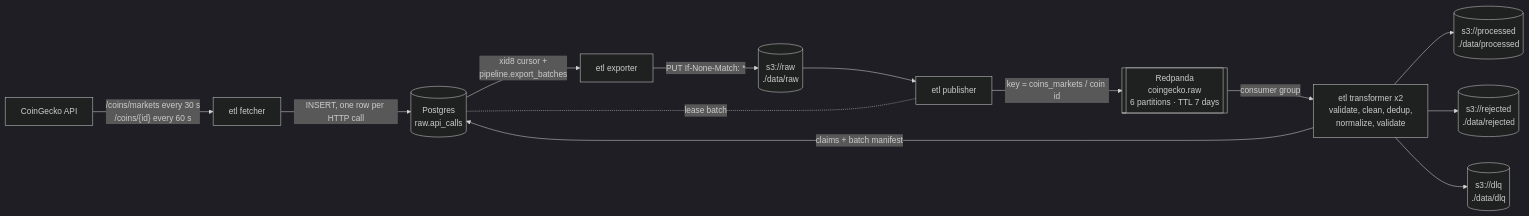
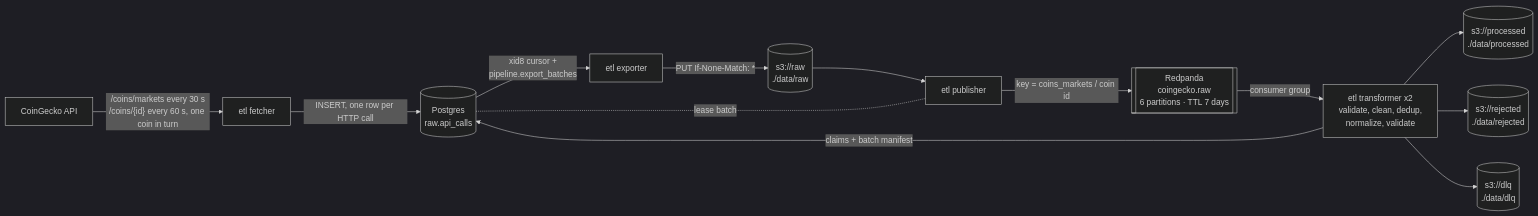
Before and after one commit to earlyr1/coingecko-etl: the diagram in README.md, drawn with Mermaid (dark theme). The commit also changed other lines of this file and 2 other files, not shown here.

Commit message:
docs: spell out the /coins/{id} rotation
One coin per call every 60 s, in turn bitcoin → ethereum → tether →
usd-coin, so each coin is refreshed every 4 min (README, spec,
architecture page).

````diff
--- a/README.md
+++ b/README.md
@@ -28,15 +28,15 @@
 ```mermaid
 flowchart LR
-    CG[CoinGecko API] -->|"/coins/markets every 30 s<br/>/coins/{id} every 60 s"| F[etl fetcher]
+    CG[CoinGecko API] -->|"/coins/markets every 30 s<br/>/coins/{id} every 60 s, one coin in turn"| F[etl fetcher]
     F -->|"INSERT, one row per HTTP call"| PG[("Postgres<br/>raw.api_calls")]
     PG -->|"xid8 cursor +<br/>pipeline.export_batches"| E[etl exporter]
     E -->|"PUT If-None-Match: *"| RAW[("s3://raw<br/>./data/raw")]
     RAW --> P[etl publisher]
     PG -. "lease batch" .- P
     P -->|"key = coins_markets / coin id"| K[["Redpanda<br/>coingecko.raw<br/>6 partitions · TTL 7 days"]]
     K -->|consumer group| T["etl transformer x2<br/>validate, clean, dedup,<br/>normalize, validate"]
     T -->|claims + batch manifest| PG
     T --> PROC[("s3://processed<br/>./data/processed")]
     T --> REJ[("s3://rejected<br/>./data/rejected")]
     T --> DLQ[("s3://dlq<br/>./data/dlq")]
 ```
````
